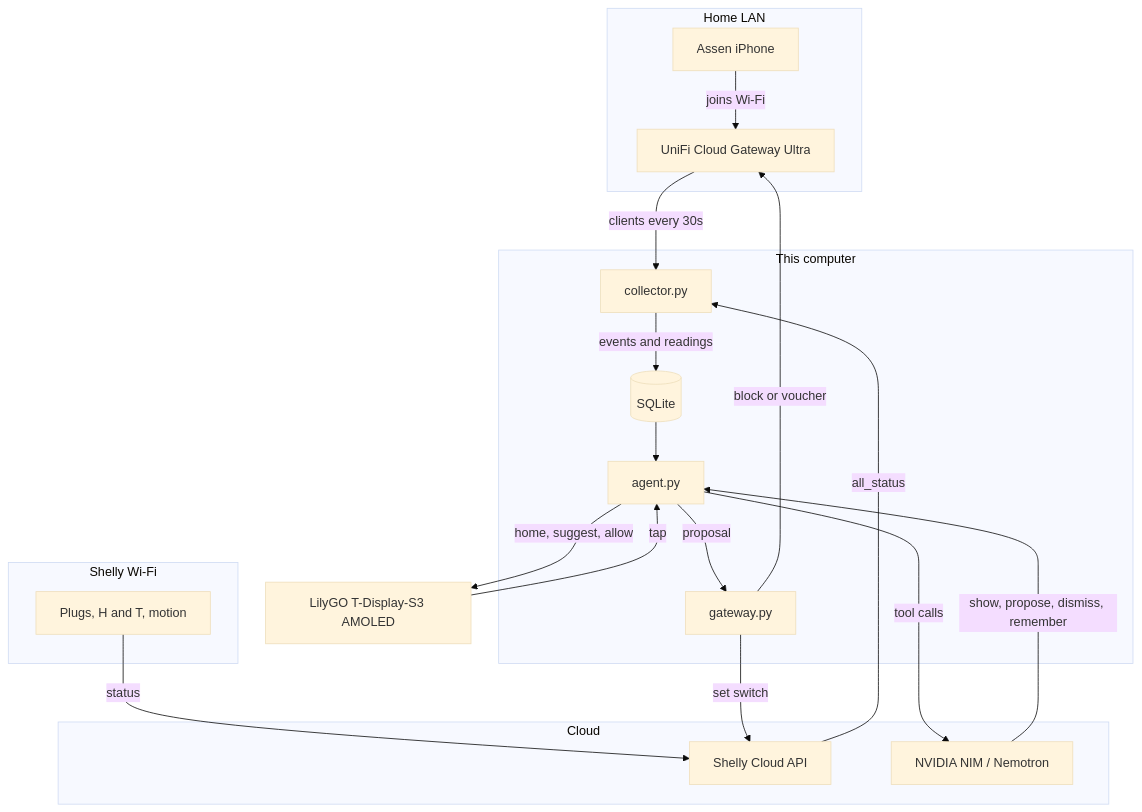
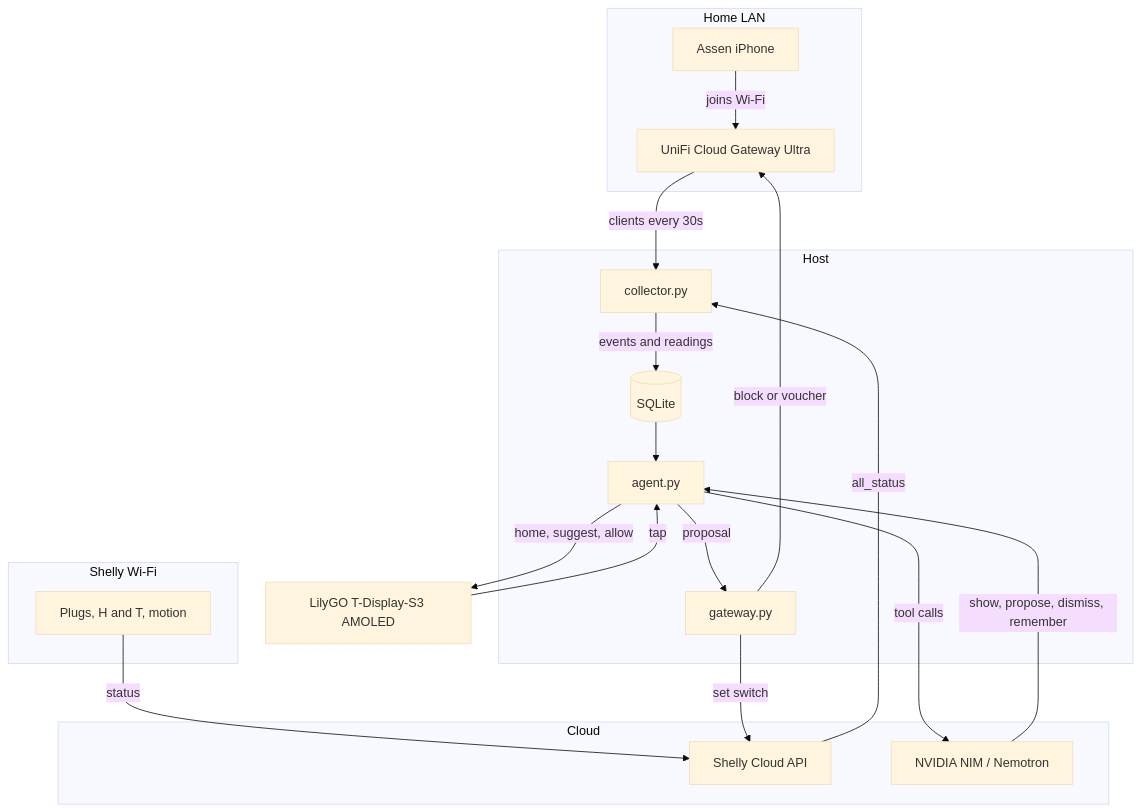
One commit to atarlov/home_automation changed the diagram in README.md. Above: the diagram before and after it, drawn with Mermaid (base theme). The commit also changed other lines of this file and 6 other files, not shown here.

````diff
--- a/README.md
+++ b/README.md
@@ -191,39 +186,39 @@
 ```mermaid
 flowchart TB
   subgraph lan [Home LAN]
     Phone[Assen iPhone]
     UniFi[UniFi Cloud Gateway Ultra]
   end
 
   subgraph shellynet [Shelly Wi-Fi]
     Devices[Plugs, H and T, motion]
   end
 
   subgraph remote [Cloud]
     ShellyAPI[Shelly Cloud API]
     NIM[NVIDIA NIM / Nemotron]
   end
 
-  subgraph host [This computer]
+  subgraph host [Host]
     Collector[collector.py]
     DB[(SQLite)]
     Agent[agent.py]
     Gateway[gateway.py]
   end
 
   Panel[LilyGO T-Display-S3 AMOLED]
 
   Phone -->|joins Wi-Fi| UniFi
   UniFi -->|clients every 30s| Collector
   Devices -->|status| ShellyAPI
   ShellyAPI -->|all_status| Collector
   Collector -->|events and readings| DB
   DB --> Agent
   Agent -->|tool calls| NIM
   NIM -->|show, propose, dismiss, remember| Agent
   Agent -->|home, suggest, allow| Panel
   Panel -->|tap| Agent
   Agent -->|proposal| Gateway
   Gateway -->|block or voucher| UniFi
   Gateway -->|set switch| ShellyAPI
 ```
````
